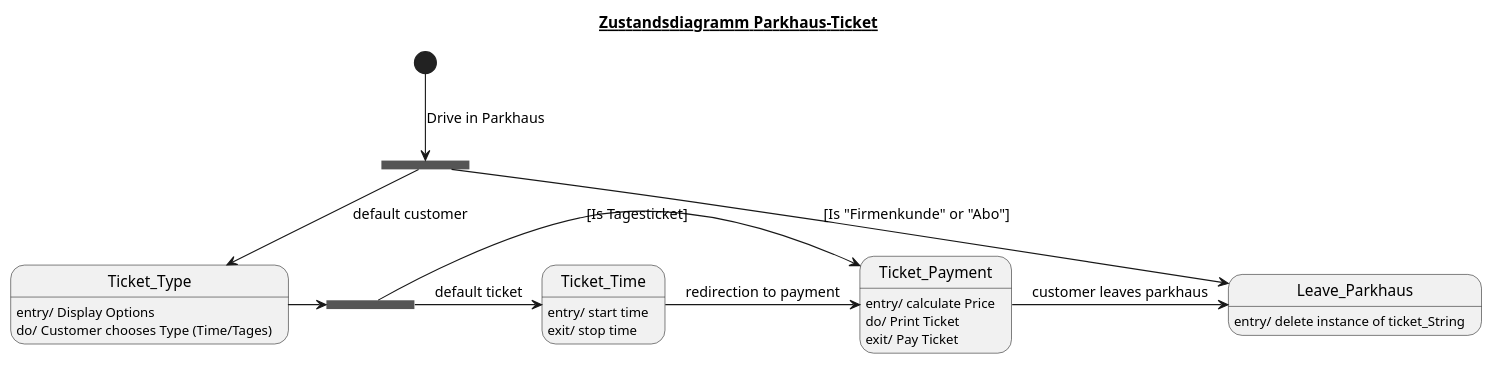
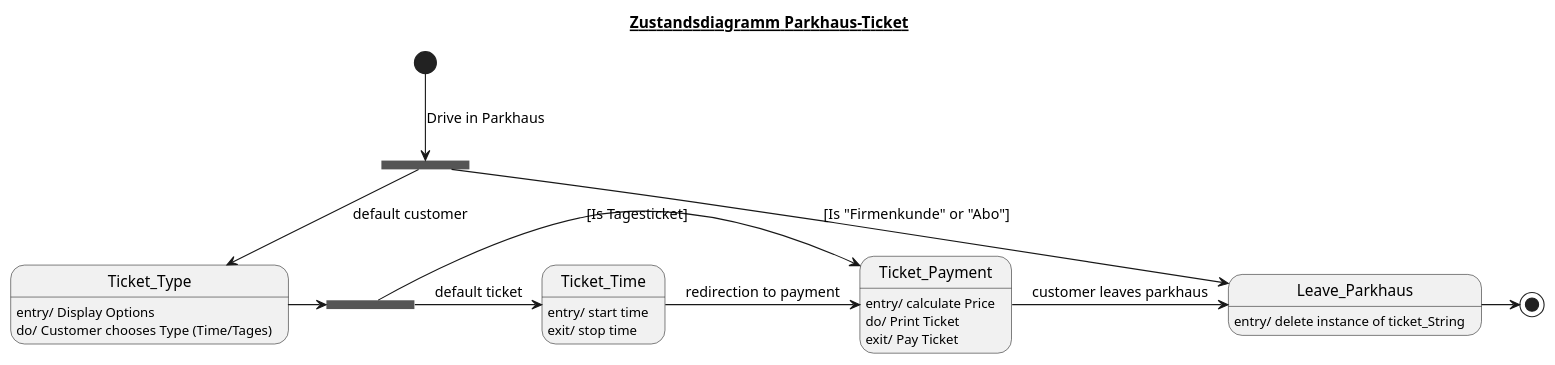
Before and after one commit to 1nbetw33n/Parkhaus_new: the diagram in src/main/team_space/exercise6/StateDiagram_ParkhausTicket.puml, drawn with PlantUML.

```diff
--- a/src/main/team_space/exercise6/StateDiagram_ParkhausTicket.puml
+++ b/src/main/team_space/exercise6/StateDiagram_ParkhausTicket.puml
@@ -1,25 +1,26 @@
 @startuml
 title __Zustandsdiagramm Parkhaus-Ticket__
 state fork1 <<fork>>
 state fork2 <<fork>>
 
 [*] --> fork1: Drive in Parkhaus
 fork1 --> Ticket_Type: default customer
 fork1 --> Leave_Parkhaus: [Is "Firmenkunde" or "Abo"]
 
 Ticket_Type -> fork2
 Ticket_Type: entry/ Display Options
 Ticket_Type: do/ Customer chooses Type (Time/Tages)
 fork2 -> Ticket_Time: default ticket
 fork2 -> Ticket_Payment: [Is Tagesticket]
 
 Ticket_Time: entry/ start time
 Ticket_Time: exit/ stop time
 Ticket_Time -> Ticket_Payment: redirection to payment
 Ticket_Payment: entry/ calculate Price
 Ticket_Payment: do/ Print Ticket
 Ticket_Payment: exit/ Pay Ticket
 Ticket_Payment -> Leave_Parkhaus: customer leaves parkhaus
 Leave_Parkhaus: entry/ delete instance of ticket_String
+Leave_Parkhaus -> [*]
 
 @enduml
```
